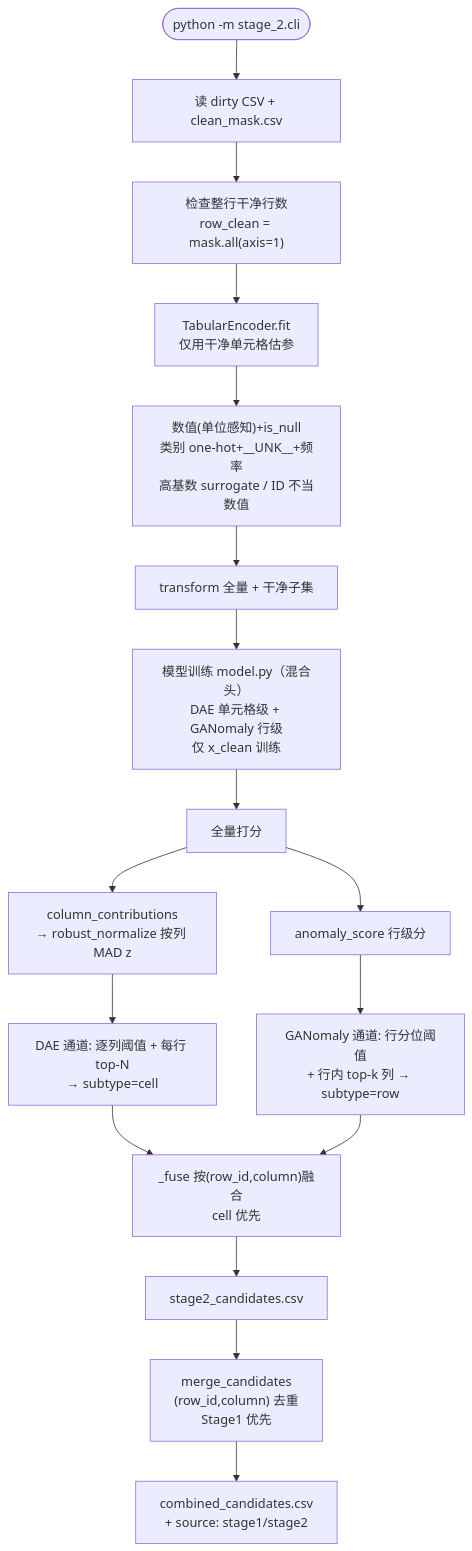
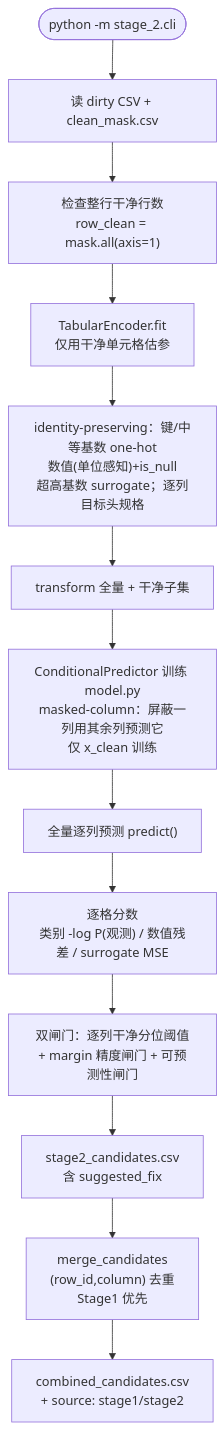
The fourth of 8 diagrams in PIPELINE.md (1993371829/error_detect), drawn with Mermaid before and after one commit. The commit also changed other lines of this file and 12 other files, not shown here.

````diff
--- a/PIPELINE.md
+++ b/PIPELINE.md
@@ -318,24 +317,19 @@
 ```mermaid
 flowchart TD
     START2(["python -m stage_2.cli"]) --> READ["读 dirty CSV + clean_mask.csv"]
     READ --> CHECK["检查整行干净行数<br/>row_clean = mask.all(axis=1)"]
 
     CHECK --> ENC_FIT["TabularEncoder.fit<br/>仅用干净单元格估参"]
-    ENC_FIT --> ENC_DETAIL["数值(单位感知)+is_null<br/>类别 one-hot+__UNK__+频率<br/>高基数 surrogate / ID 不当数值"]
+    ENC_FIT --> ENC_DETAIL["identity-preserving：键/中等基数 one-hot<br/>数值(单位感知)+is_null<br/>超高基数 surrogate；逐列目标头规格"]
 
     ENC_DETAIL --> TRANS["transform 全量 + 干净子集"]
-    TRANS --> TRAIN["模型训练 model.py（混合头）<br/>DAE 单元格级 + GANomaly 行级<br/>仅 x_clean 训练"]
+    TRANS --> TRAIN["ConditionalPredictor 训练 model.py<br/>masked-column：屏蔽一列用其余列预测它<br/>仅 x_clean 训练"]
 
-    TRAIN --> SCORE["全量打分"]
-    SCORE --> CONTRIB["column_contributions<br/>→ robust_normalize 按列 MAD z"]
-    SCORE --> ROW_SC["anomaly_score 行级分"]
+    TRAIN --> SCORE["全量逐列预测 predict()"]
+    SCORE --> CELLSCORE["逐格分数<br/>类别 -log P(观测) / 数值残差 / surrogate MSE"]
 
-    CONTRIB --> CELL["DAE 通道: 逐列阈值 + 每行 top-N<br/>→ subtype=cell"]
-    ROW_SC --> ROW["GANomaly 通道: 行分位阈值<br/>+ 行内 top-k 列 → subtype=row"]
-
-    CELL --> FUSE["_fuse 按(row_id,column)融合<br/>cell 优先"]
-    ROW --> FUSE
-    FUSE --> S2CSV["stage2_candidates.csv"]
+    CELLSCORE --> GATE["双闸门：逐列干净分位阈值<br/>+ margin 精度闸门 + 可预测性闸门"]
+    GATE --> S2CSV["stage2_candidates.csv<br/>含 suggested_fix"]
     S2CSV --> MERGE["merge_candidates<br/>(row_id,column) 去重<br/>Stage1 优先"]
     MERGE --> COMB["combined_candidates.csv<br/>+ source: stage1/stage2"]
 ```
````
